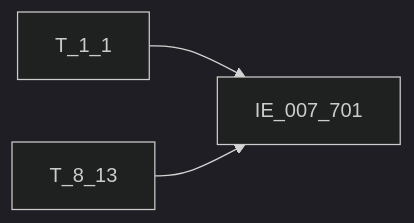
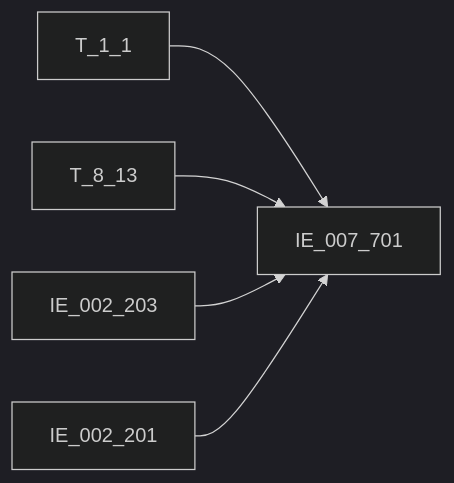
One commit to zhoujk1989-arch/Obsidian changed the diagram in regulatory-data-lab/知识库/血缘/EAST5.0系统/血缘-IE_007_701-授信信息表-EAST5.0系统.md. Above: the diagram before and after it, drawn with Mermaid (dark theme). The commit also changed other lines of this file and 93 other files, not shown here.

````diff
--- a/regulatory-data-lab/知识库/血缘/EAST5.0系统/血缘-IE_007_701-授信信息表-EAST5.0系统.md
+++ b/regulatory-data-lab/知识库/血缘/EAST5.0系统/血缘-IE_007_701-授信信息表-EAST5.0系统.md
@@ -88,5 +100,7 @@
 ```mermaid
 flowchart LR
     S1["T_1_1"] --> T["IE_007_701"]
-    S2["T_8_13"] --> T["IE_007_701"]
+    S2["T_8_13"] --> T
+    S3["IE_002_203"] --> T
+    S4["IE_002_201"] --> T
 ```
````
